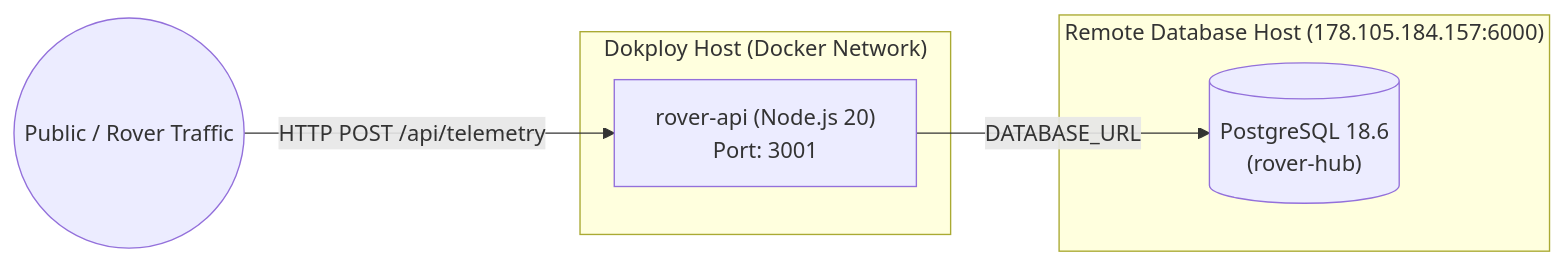
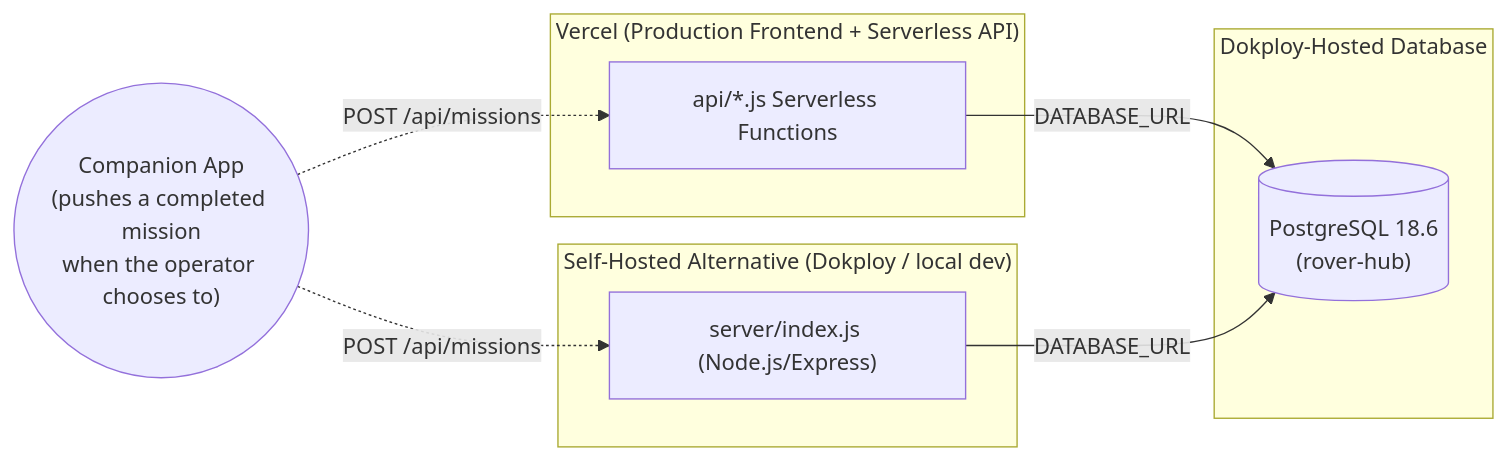
The third of 4 diagrams in docs/ARCHITECTURE_KNOWLEDGE_BASE.md (Elikplim-N/rover-mission-manager), drawn with Mermaid before and after one commit. The commit also changed other lines of this file, not shown here.

First line of the commit message:
docs: bring architecture knowledge base in line with local-first + AP mode

````diff
--- a/docs/ARCHITECTURE_KNOWLEDGE_BASE.md
+++ b/docs/ARCHITECTURE_KNOWLEDGE_BASE.md
@@ -215,12 +211,17 @@
 ```mermaid
 flowchart LR
-    subgraph DokployHost["Dokploy Host (Docker Network)"]
-        API["rover-api (Node.js 20)\nPort: 3001"]
+    subgraph Vercel["Vercel (Production Frontend + Serverless API)"]
+        VercelAPI["api/*.js Serverless Functions"]
     end
-    subgraph RemoteDB["Remote Database Host (178.105.184.157:6000)"]
+    subgraph SelfHosted["Self-Hosted Alternative (Dokploy / local dev)"]
+        ExpressAPI["server/index.js (Node.js/Express)"]
+    end
+    subgraph DokployDB["Dokploy-Hosted Database"]
         PG[("PostgreSQL 18.6\n(rover-hub)")]
     end
 
-    API -->|DATABASE_URL| PG
-    Internet(("Public / Rover Traffic")) -->|HTTP POST /api/telemetry| API
+    VercelAPI -->|DATABASE_URL| PG
+    ExpressAPI -->|DATABASE_URL| PG
+    App(("Companion App\n(pushes a completed mission\nwhen the operator chooses to)")) -.->|POST /api/missions| VercelAPI
+    App -.->|POST /api/missions| ExpressAPI
 ```
````
